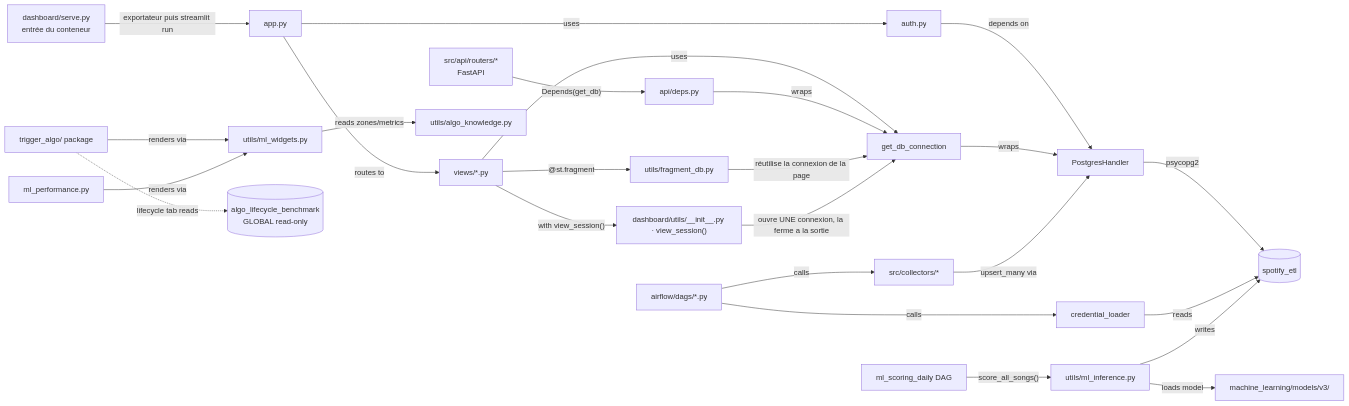
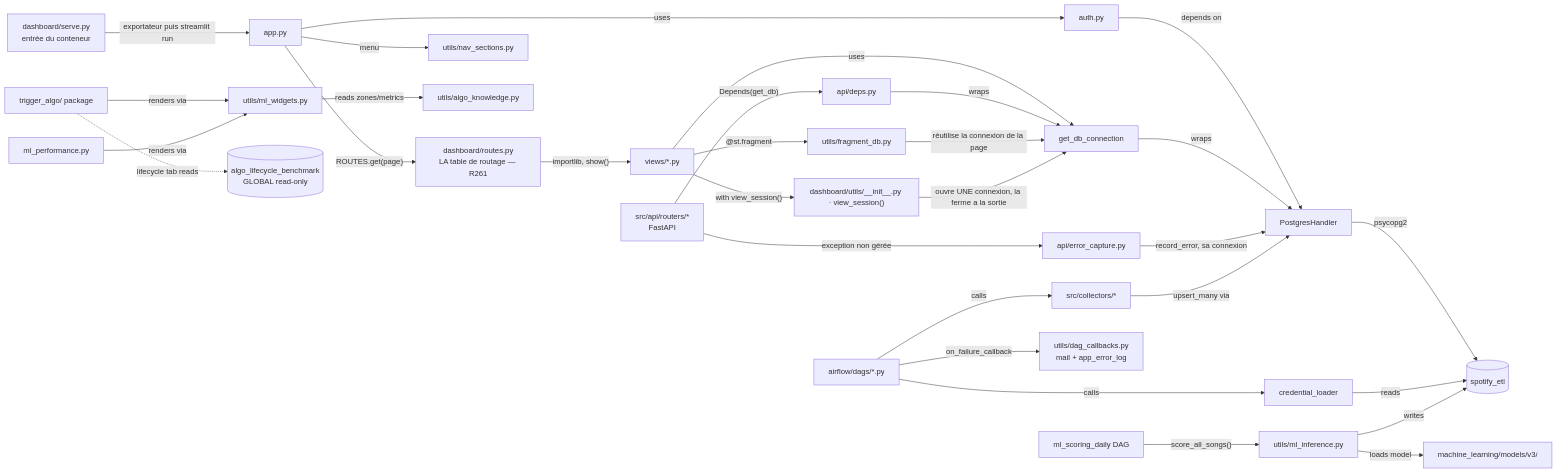
One commit to 1x7xxxxxxx/Dashboard_music_platform_algo_spotify changed the second of 3 diagrams in .claude/dev-docs/architecture.md. Above: the diagram before and after it, drawn with Mermaid. The commit also changed other lines of this file and 6 other files, not shown here.

````diff
--- a/.claude/dev-docs/architecture.md
+++ b/.claude/dev-docs/architecture.md
@@ -60,31 +68,35 @@
 ```mermaid
 graph LR
     SERVE[dashboard/serve.py<br/>entrée du conteneur] -->|exportateur puis streamlit run| app.py
-    app.py -->|routes to| V[views/]
+    app.py -->|"ROUTES.get(page)"| RT[dashboard/routes.py<br/>LA table de routage — R261]
+    RT -->|"importlib, show()"| V[views/]
+    app.py -->|menu| NAV[utils/nav_sections.py]
     app.py -->|uses| auth.py
     auth.py -->|depends on| PH[PostgresHandler]
     V -->|uses| GDB[get_db_connection]
     GDB -->|wraps| PH
     PH -->|psycopg2| DB[(spotify_etl)]
     API[src/api/routers/*<br/>FastAPI] -->|"Depends(get_db)"| DEPS[api/deps.py]
+    API -->|exception non gérée| ECAP[api/error_capture.py] -->|record_error, sa connexion| PH
     DEPS -->|wraps| GDB
     V -->|"@st.fragment"| FDB[utils/fragment_db.py]
     FDB -->|réutilise la connexion de la page| GDB
 
     DAG[airflow/dags/*.py] -->|calls| COL[src/collectors/*]
+    DAG -->|on_failure_callback| DCB[utils/dag_callbacks.py<br/>mail + app_error_log]
     DAG -->|calls| CL[credential_loader]
     CL -->|reads| DB
     COL -->|upsert_many via| PH
 
     INF -->|loads model| MLR[machine_learning/models/v3/]
     ML[ml_scoring_daily DAG] -->|"score_all_songs()"| INF[utils/ml_inference.py]
     INF -->|writes| DB
 
     V[views/*.py] -->|"with view_session()"| VS["dashboard/utils/__init__.py · view_session()"]
     VS -->|ouvre UNE connexion, la ferme a la sortie| GDB[get_db_connection]
 
     TA[trigger_algo/ package] -->|renders via| MW[utils/ml_widgets.py]
     MLP[ml_performance.py] -->|renders via| MW
     MW -->|reads zones/metrics| AK[utils/algo_knowledge.py]
     TA -.->|lifecycle tab reads| BENCH[(algo_lifecycle_benchmark<br/>GLOBAL read-only)]
 ```
````
